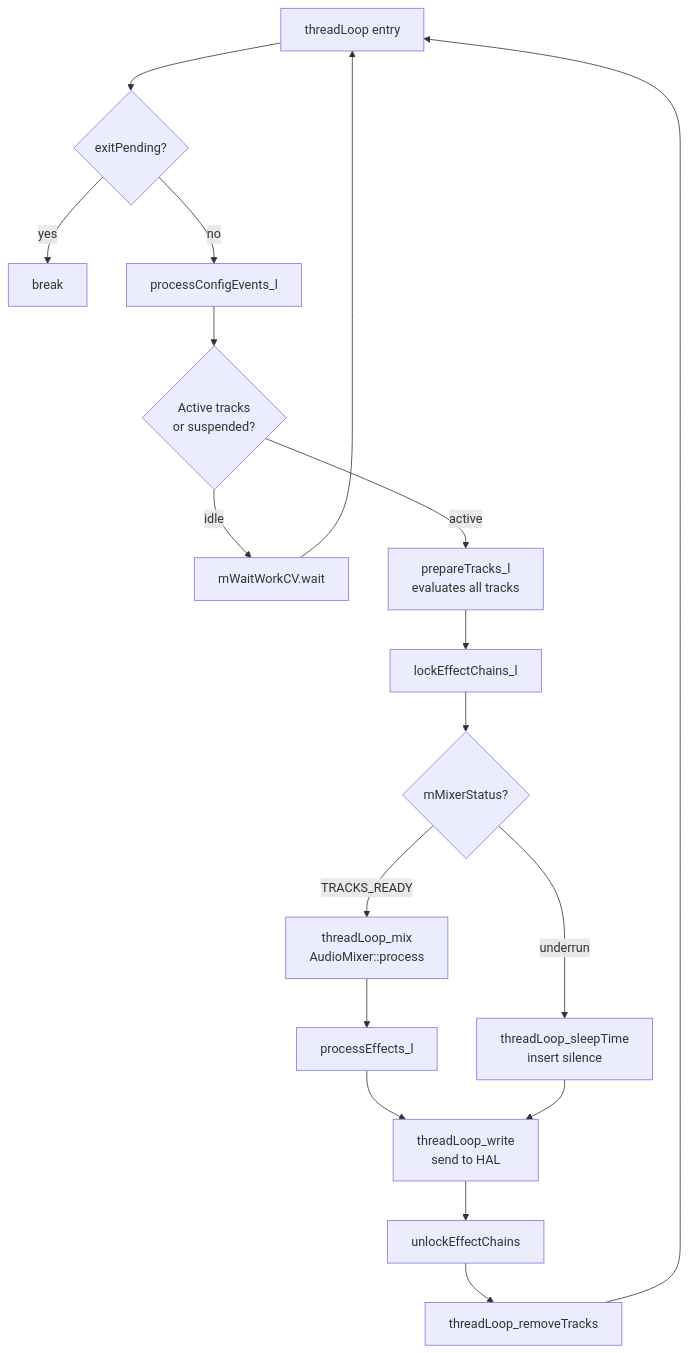
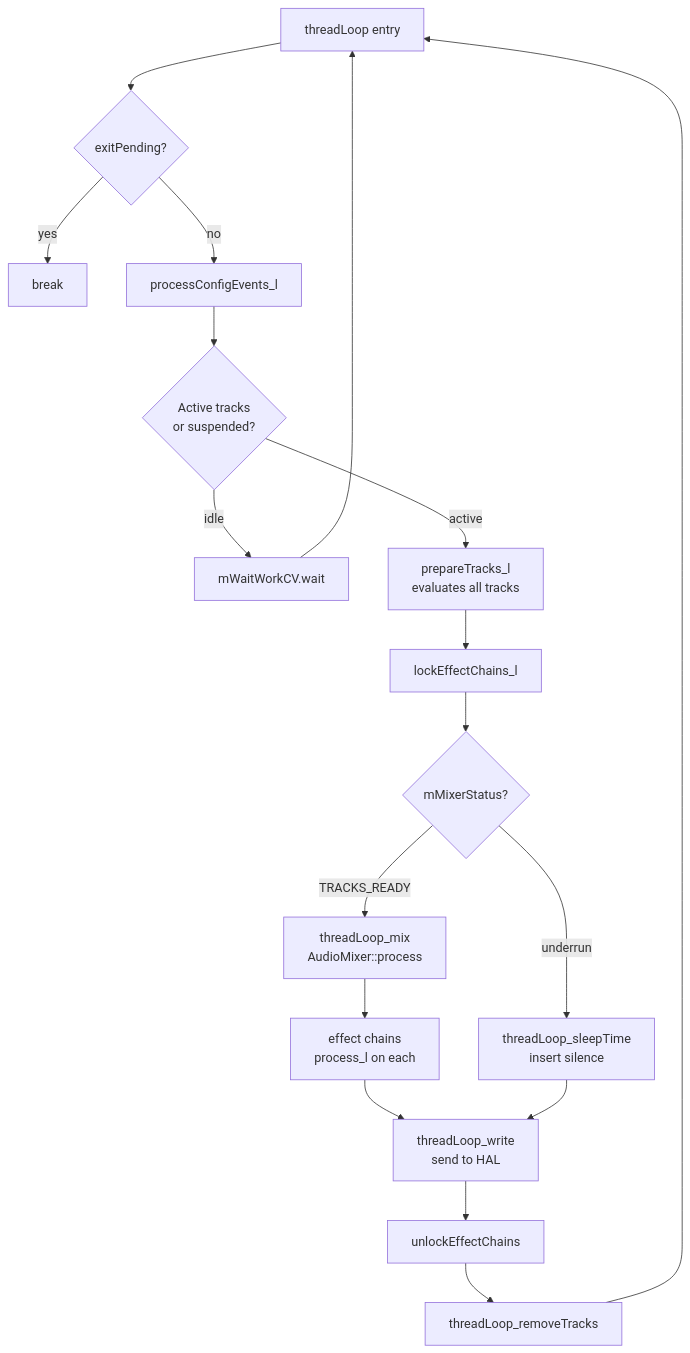
One commit to aospbooks/aosp-internal-book changed the fourth of 26 diagrams in 15-audio-system.md. Above: the diagram before and after it, drawn with Mermaid. The commit also changed other lines of this file and 218 other files, not shown here.

````diff
--- a/15-audio-system.md
+++ b/15-audio-system.md
@@ -502,20 +513,20 @@
 ```mermaid
 flowchart TB
     Start[threadLoop entry] --> Check{exitPending?}
     Check -->|yes| Exit[break]
     Check -->|no| Config[processConfigEvents_l]
     Config --> Standby{"Active tracks<br/>or suspended?"}
     Standby -->|idle| Wait[mWaitWorkCV.wait]
     Wait --> Start
     Standby -->|active| Prepare["prepareTracks_l<br/>evaluates all tracks"]
     Prepare --> Lock[lockEffectChains_l]
     Lock --> Mix{mMixerStatus?}
     Mix -->|TRACKS_READY| DoMix["threadLoop_mix<br/>AudioMixer::process"]
     Mix -->|underrun| Sleep["threadLoop_sleepTime<br/>insert silence"]
-    DoMix --> Effects[processEffects_l]
+    DoMix --> Effects["effect chains<br/>process_l on each"]
     Effects --> Write["threadLoop_write<br/>send to HAL"]
     Write --> Unlock[unlockEffectChains]
     Unlock --> Remove[threadLoop_removeTracks]
     Remove --> Start
     Sleep --> Write
 ```
````
